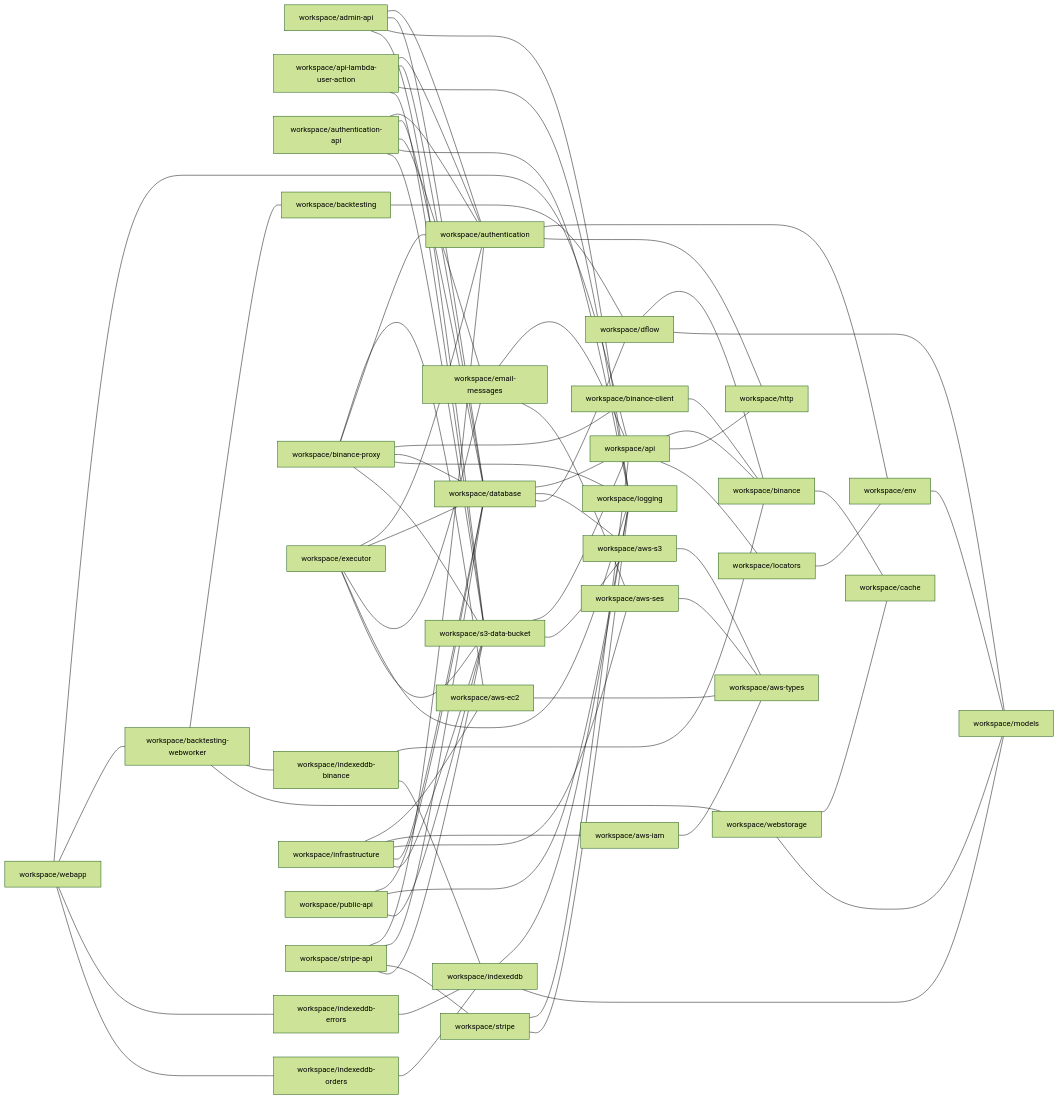
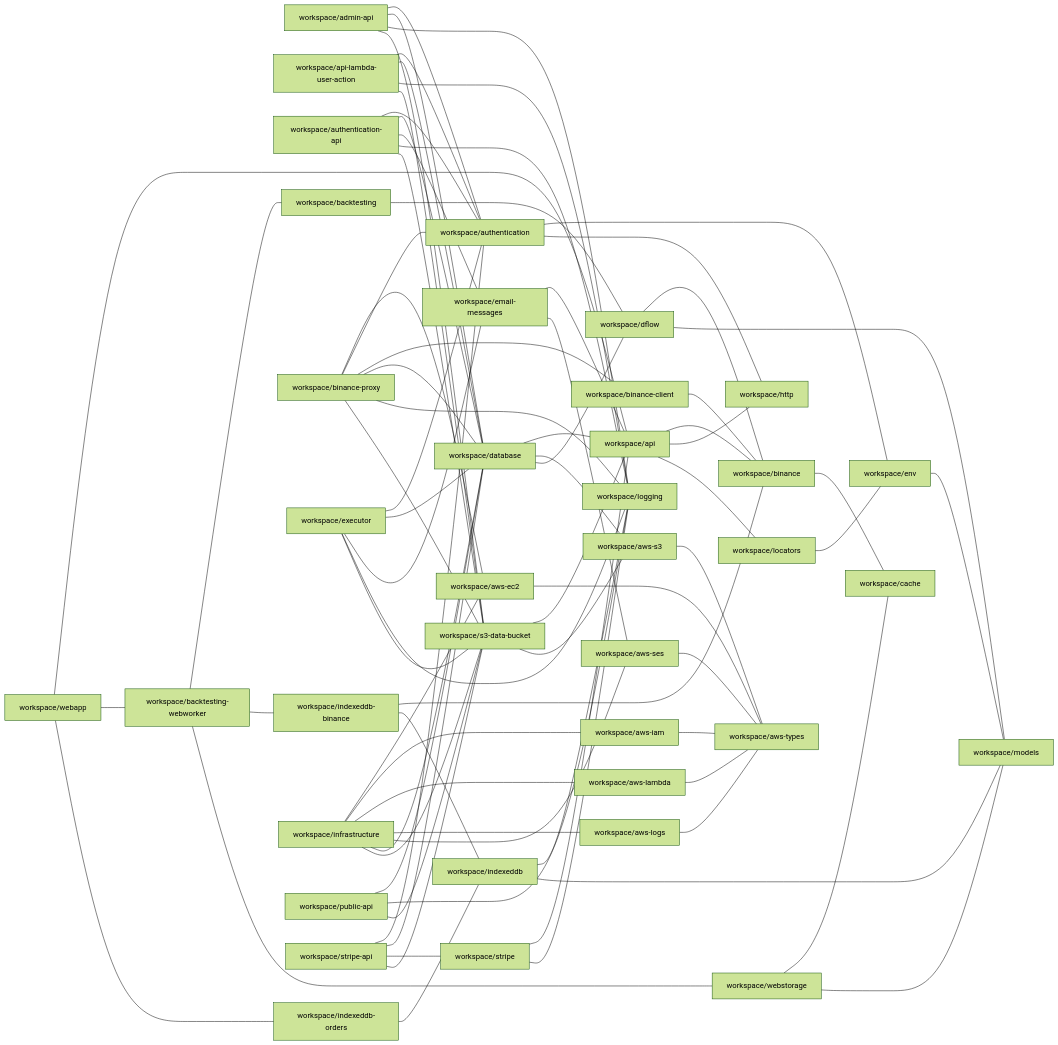
One commit to ggbot-org/ggbot changed the diagram in repository/docs/npm-dependencies.md. Above: the diagram before and after it, drawn with Mermaid (forest theme). The commit also changed 17 other files, not shown here.

````diff
--- a/repository/docs/npm-dependencies.md
+++ b/repository/docs/npm-dependencies.md
@@ -6,79 +6,81 @@
 ```mermaid
 graph LR
     workspace/admin-api --- workspace/authentication
     workspace/admin-api --- workspace/database
     workspace/admin-api --- workspace/logging
     workspace/admin-api --- workspace/s3-data-bucket
     workspace/api --- workspace/binance
     workspace/api --- workspace/http
     workspace/api --- workspace/locators
     workspace/api-lambda-user-action --- workspace/authentication
     workspace/api-lambda-user-action --- workspace/database
     workspace/api-lambda-user-action --- workspace/logging
     workspace/api-lambda-user-action --- workspace/s3-data-bucket
     workspace/authentication --- workspace/env
     workspace/authentication --- workspace/http
     workspace/authentication-api --- workspace/authentication
     workspace/authentication-api --- workspace/database
     workspace/authentication-api --- workspace/email-messages
     workspace/authentication-api --- workspace/logging
     workspace/authentication-api --- workspace/s3-data-bucket
     workspace/aws-ec2 --- workspace/aws-types
     workspace/aws-iam --- workspace/aws-types
+    workspace/aws-lambda --- workspace/aws-types
+    workspace/aws-logs --- workspace/aws-types
     workspace/aws-s3 --- workspace/aws-types
     workspace/aws-ses --- workspace/aws-types
     workspace/backtesting --- workspace/dflow
     workspace/backtesting-webworker --- workspace/backtesting
     workspace/backtesting-webworker --- workspace/indexeddb-binance
     workspace/backtesting-webworker --- workspace/webstorage
     workspace/binance --- workspace/cache
     workspace/binance-client --- workspace/binance
     workspace/binance-proxy --- workspace/aws-ec2
     workspace/binance-proxy --- workspace/authentication
     workspace/binance-proxy --- workspace/binance-client
     workspace/binance-proxy --- workspace/database
     workspace/binance-proxy --- workspace/logging
     workspace/binance-proxy --- workspace/s3-data-bucket
     workspace/database --- workspace/api
     workspace/database --- workspace/aws-s3
     workspace/database --- workspace/dflow
     workspace/dflow --- workspace/binance
     workspace/dflow --- workspace/models
     workspace/email-messages --- workspace/api
     workspace/email-messages --- workspace/aws-ses
     workspace/env --- workspace/models
     workspace/executor --- workspace/authentication
     workspace/executor --- workspace/database
     workspace/executor --- workspace/email-messages
     workspace/executor --- workspace/logging
     workspace/executor --- workspace/s3-data-bucket
     workspace/indexeddb --- workspace/logging
     workspace/indexeddb --- workspace/models
     workspace/indexeddb-binance --- workspace/binance
     workspace/indexeddb-binance --- workspace/indexeddb
-    workspace/indexeddb-errors --- workspace/indexeddb
     workspace/indexeddb-orders --- workspace/indexeddb
     workspace/infrastructure --- workspace/aws-ec2
     workspace/infrastructure --- workspace/aws-iam
+    workspace/infrastructure --- workspace/aws-lambda
+    workspace/infrastructure --- workspace/aws-logs
     workspace/infrastructure --- workspace/aws-ses
     workspace/infrastructure --- workspace/database
     workspace/infrastructure --- workspace/s3-data-bucket
     workspace/locators --- workspace/env
     workspace/public-api --- workspace/database
     workspace/public-api --- workspace/logging
     workspace/public-api --- workspace/s3-data-bucket
     workspace/s3-data-bucket --- workspace/api
     workspace/s3-data-bucket --- workspace/aws-s3
     workspace/stripe --- workspace/api
     workspace/stripe --- workspace/logging
     workspace/stripe-api --- workspace/authentication
     workspace/stripe-api --- workspace/database
     workspace/stripe-api --- workspace/stripe
     workspace/stripe-api --- workspace/s3-data-bucket
     workspace/webapp --- workspace/api
     workspace/webapp --- workspace/backtesting-webworker
-    workspace/webapp --- workspace/indexeddb-errors
     workspace/webapp --- workspace/indexeddb-orders
     workspace/webstorage --- workspace/cache
     workspace/webstorage --- workspace/models
 ```
````
